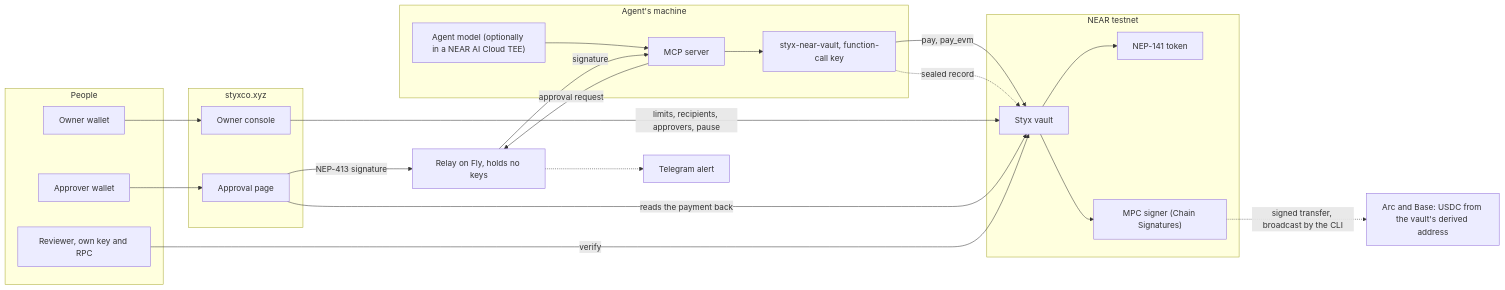
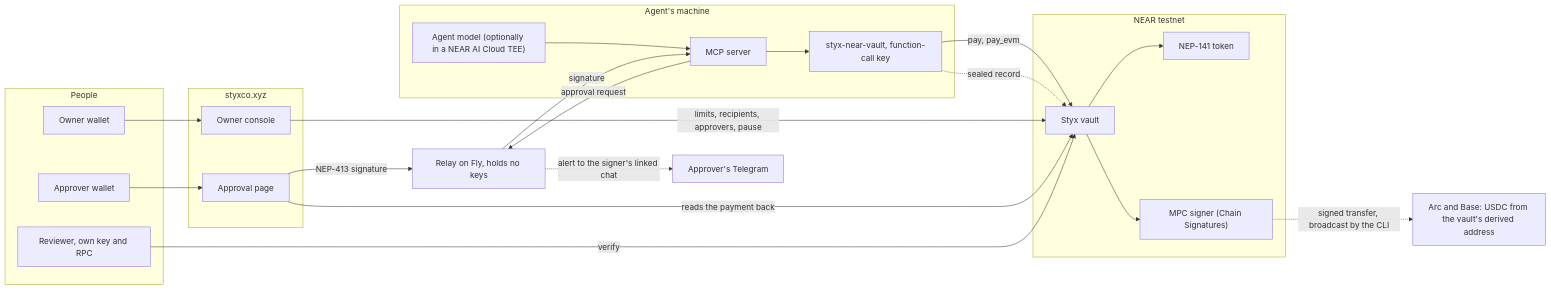
One commit to PoulavBhowmick03/Styx changed the diagram in README.md. Above: the diagram before and after it, drawn with Mermaid. The commit also changed other lines of this file, not shown here.

Commit message:
docs: per-approver Telegram alerts and the real-wallet approval in the README

````diff
--- a/README.md
+++ b/README.md
@@ -67,29 +72,29 @@
 ```mermaid
 flowchart LR
   subgraph People
     OW["Owner wallet"]
     AP["Approver wallet"]
     RV["Reviewer, own key and RPC"]
   end
   subgraph Agent["Agent's machine"]
     AG["Agent model (optionally in a NEAR AI Cloud TEE)"] --> MCP["MCP server"] --> CLI["styx-near-vault, function-call key"]
   end
-  RL["Relay on Fly, holds no keys"] -.-> TG["Telegram alert"]
+  RL["Relay on Fly, holds no keys"] -.->|"alert to the signer's linked chat"| TG["Approver's Telegram"]
   subgraph Site["styxco.xyz"]
     PG["Approval page"]
     OC["Owner console"]
   end
   subgraph NEAR["NEAR testnet"]
     V["Styx vault"] --> T["NEP-141 token"]
     V --> MPC["MPC signer (Chain Signatures)"]
   end
   EVM["Arc and Base: USDC from the vault's derived address"]
   OW --> OC -->|"limits, recipients, approvers, pause"| V
   CLI -->|"pay, pay_evm"| V
   MCP -->|"approval request"| RL
   AP --> PG -->|"NEP-413 signature"| RL -->|"signature"| MCP
   PG -->|"reads the payment back"| V
   MPC -.->|"signed transfer, broadcast by the CLI"| EVM
   CLI -.->|"sealed record"| V
   RV -->|"verify"| V
 ```
````
